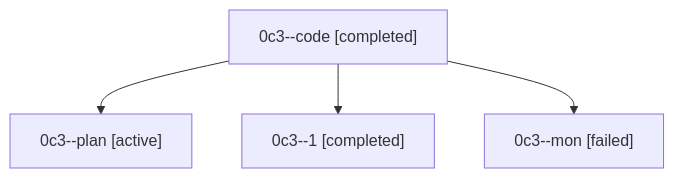
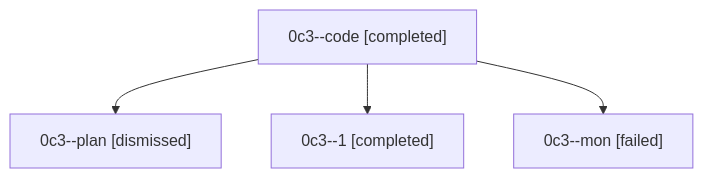
One commit to sase-org/sase--agents changed the diagram in sessions/bbugyi200.athena.0c3.md. Above: the diagram before and after it, drawn with Mermaid. The commit also changed other lines of this file and 24 other files, not shown here.

````diff
--- a/sessions/bbugyi200.athena.0c3.md
+++ b/sessions/bbugyi200.athena.0c3.md
@@ -9,10 +9,10 @@
 ```mermaid
 flowchart TD
   n0["0c3--code [completed]"]
-  n1["0c3--plan [active]"]
+  n1["0c3--plan [dismissed]"]
   n0 --> n1
   n2["0c3--1 [completed]"]
   n0 --> n2
   n3["0c3--mon [failed]"]
   n0 --> n3
 ```
````
